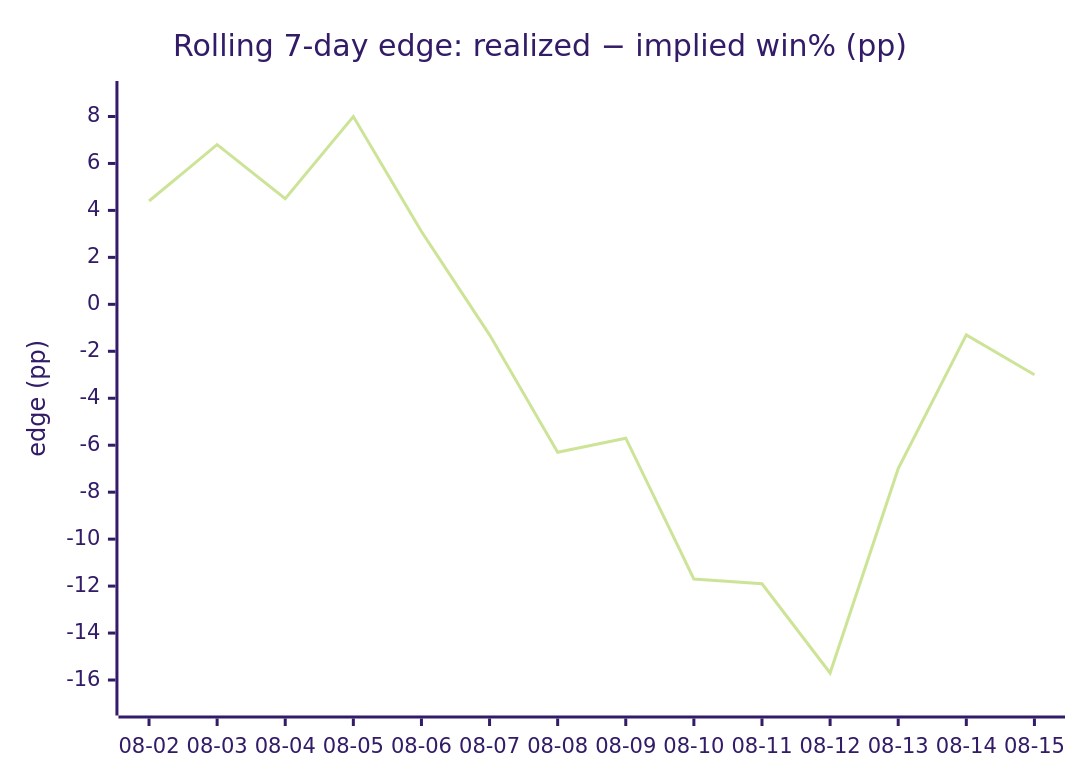
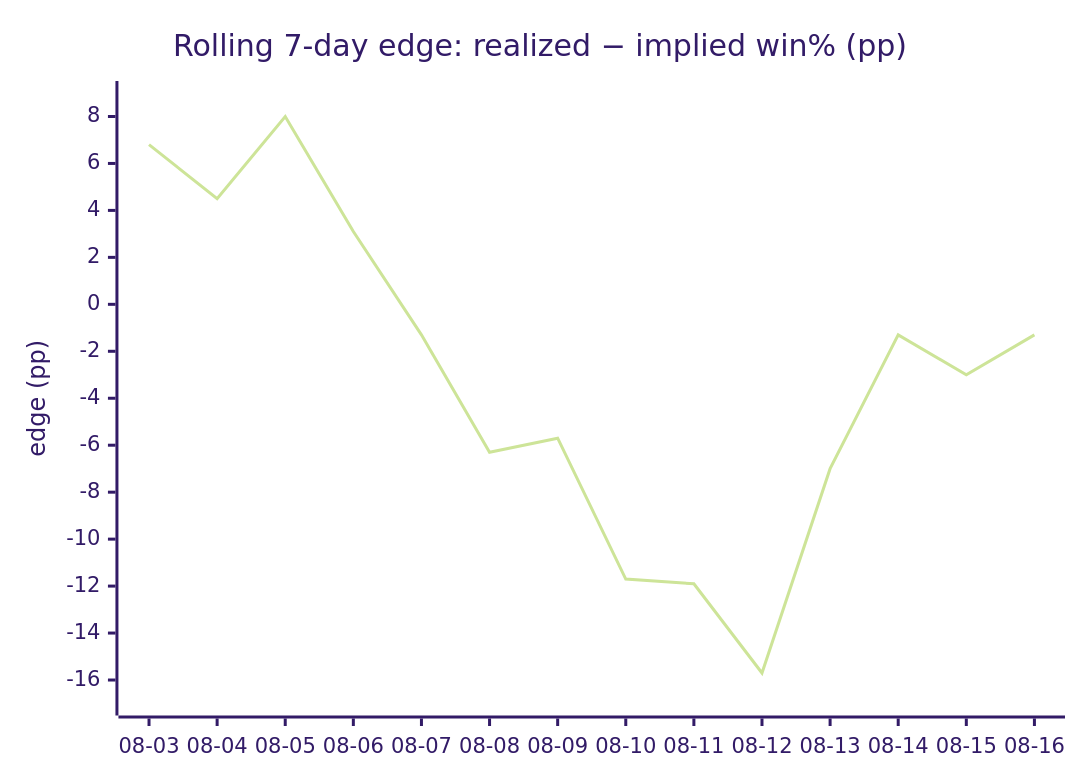
Before and after one commit to dpk1212/nhl-savant: the fourth of 4 diagrams in DAILY_AGSU_REPORT.md, drawn with Mermaid (forest theme). The commit also changed other lines of this file, not shown here.

````diff
--- a/DAILY_AGSU_REPORT.md
+++ b/DAILY_AGSU_REPORT.md
@@ -820,7 +821,7 @@
 ```mermaid
 xychart-beta
     title "Rolling 7-day edge: realized − implied win% (pp)"
-    x-axis ["08-02", "08-03", "08-04", "08-05", "08-06", "08-07", "08-08", "08-09", "08-10", "08-11", "08-12", "08-13", "08-14", "08-15"]
+    x-axis ["08-03", "08-04", "08-05", "08-06", "08-07", "08-08", "08-09", "08-10", "08-11", "08-12", "08-13", "08-14", "08-15", "08-16"]
     y-axis "edge (pp)" -17 --> 9
-    line [4.4, 6.8, 4.5, 8, 3.1, -1.3, -6.3, -5.7, -11.7, -11.9, -15.7, -7, -1.3, -3]
+    line [6.8, 4.5, 8, 3.1, -1.3, -6.3, -5.7, -11.7, -11.9, -15.7, -7, -1.3, -3, -1.3]
 ```
````
